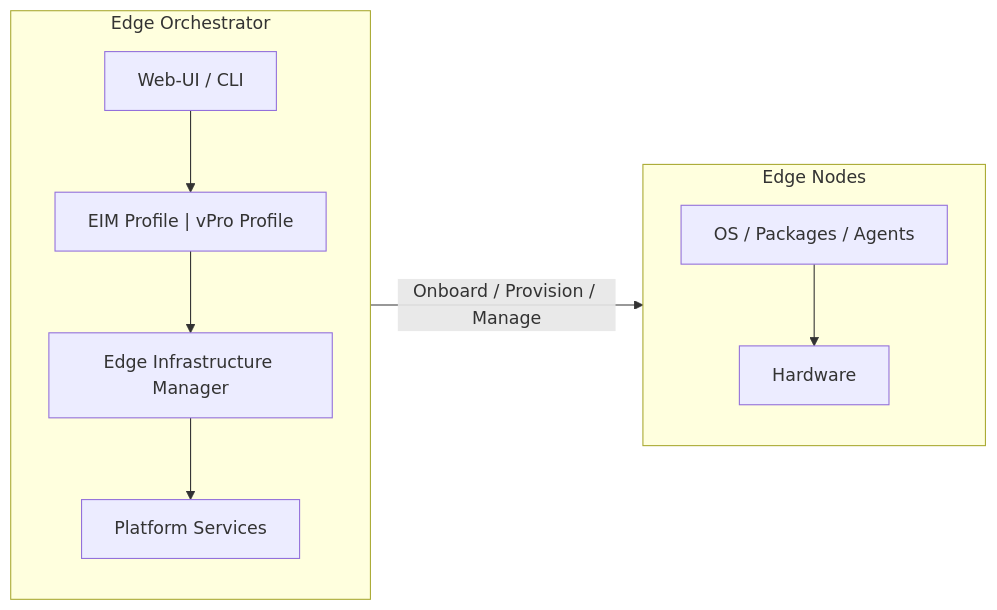
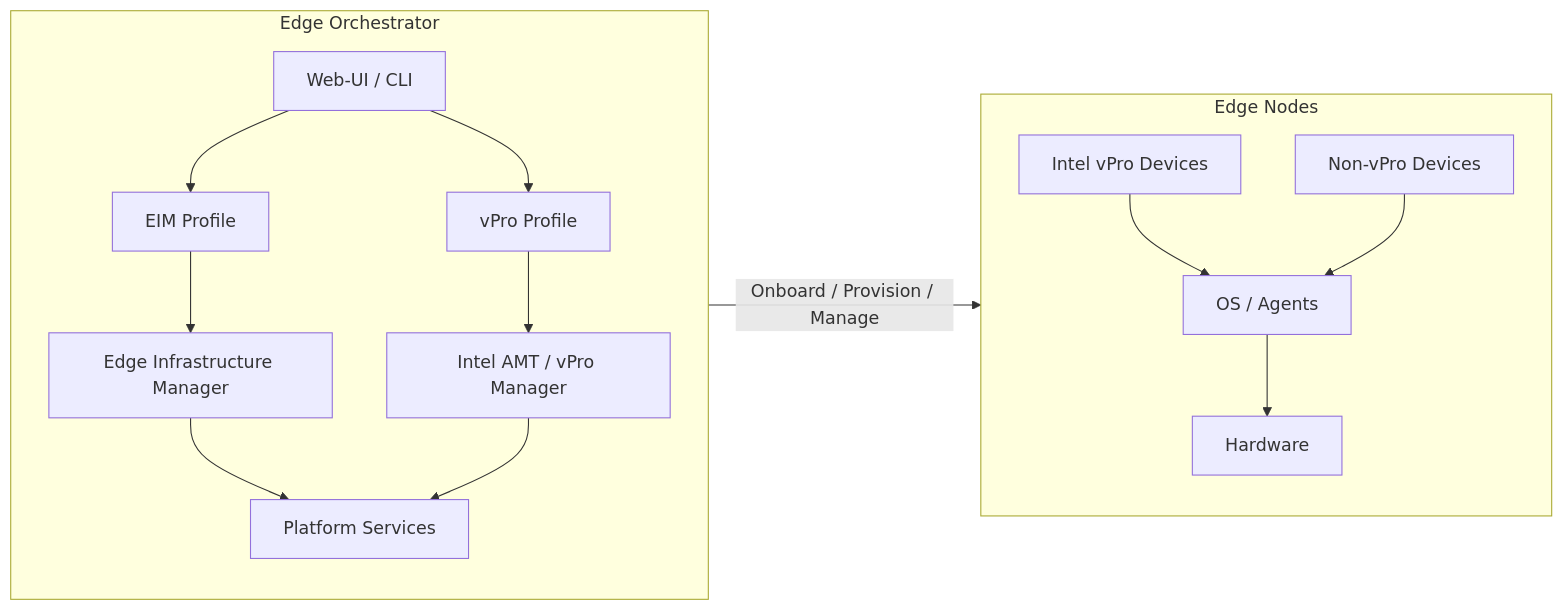
Before and after one commit to open-edge-platform/edge-manageability-framework: the diagram in README.md, drawn with Mermaid.

````diff
--- a/README.md
+++ b/README.md
@@ -28,20 +28,27 @@
 ```mermaid
 flowchart LR
     subgraph Orch["Edge Orchestrator"]
         direction TB
         A["Web-UI / CLI"]
-        B["EIM Profile | vPro Profile"]
-        C["Edge Infrastructure Manager"]
-        D["Platform Services"]
-        A --> B --> C --> D
+        B["EIM Profile"]
+        C["vPro Profile"]
+        D["Edge Infrastructure Manager"]
+        E["Intel AMT / vPro Manager"]
+        F["Platform Services"]
+        A --> B & C
+        B --> D
+        C --> E
+        D & E --> F
     end
 
     subgraph Edge["Edge Nodes"]
         direction TB
-        E["OS / Packages / Agents"]
-        F["Hardware"]
-        E --> F
+        G["Intel vPro Devices"]
+        H["Non-vPro Devices"]
+        I["OS / Agents"]
+        J["Hardware"]
+        G & H --> I --> J
     end
 
     Orch -->|"Onboard / Provision / Manage"| Edge
 ```
````
